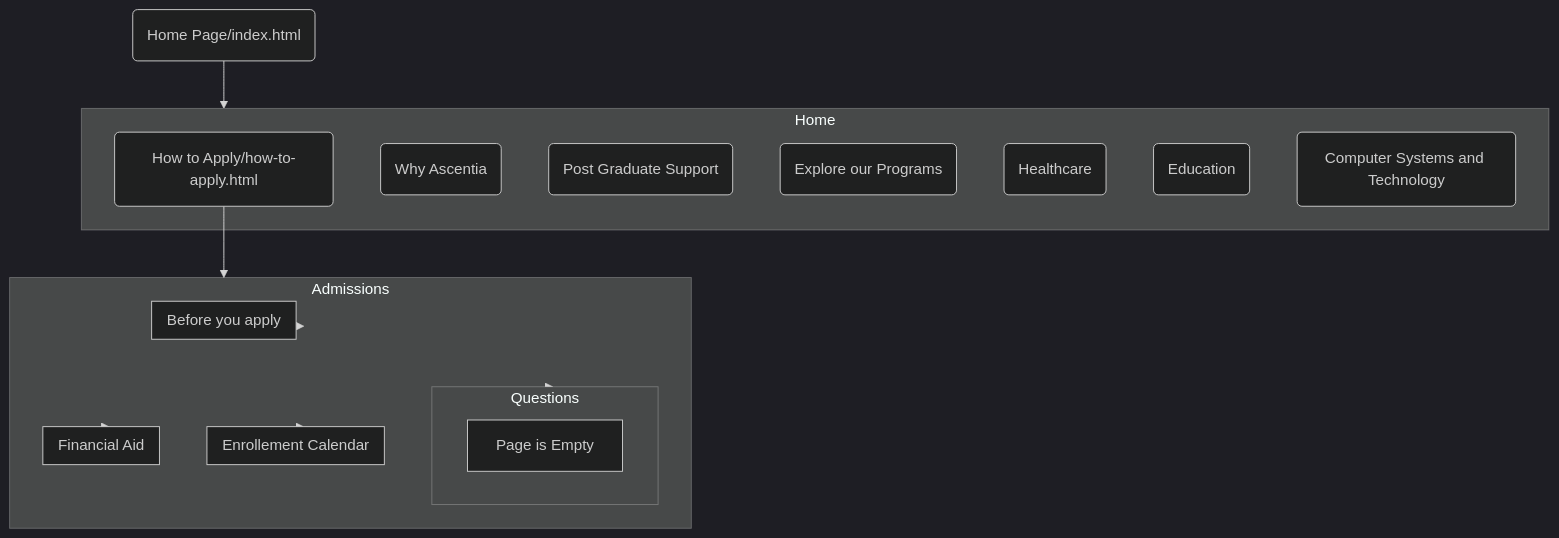
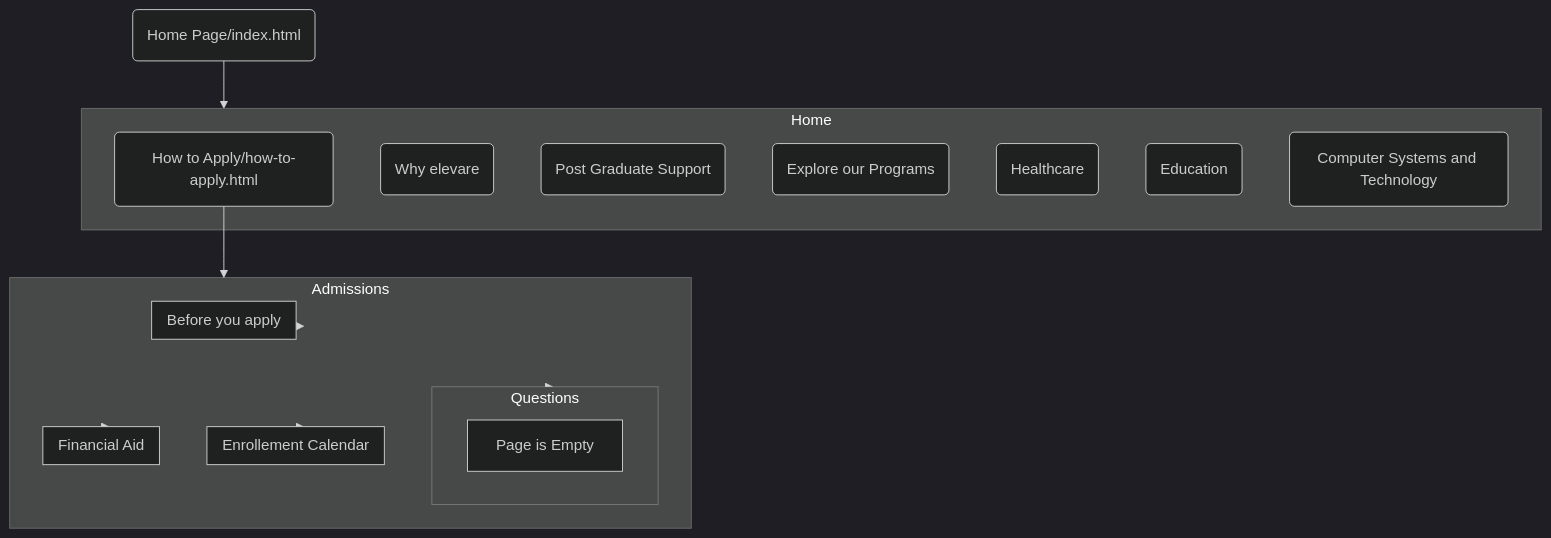
Before and after one commit to ascentiaci/ascentiaci.ca: the diagram in sitemap.md, drawn with Mermaid (dark theme). The commit also changed 26 other files, not shown here.

````diff
--- a/sitemap.md
+++ b/sitemap.md
@@ -3,55 +3,55 @@
 ```mermaid
 flowchart TD
 %% Nodes
     A(Home Page/index.html);
     A-->ide1
     B(How to Apply/how-to-apply.html)
-    C(Why Ascentia)
+    C(Why elevare)
     D(Post Graduate Support)
     E(Explore our Programs)
     F(Healthcare)
     G(Education)
     H(Computer Systems and Technology)
 
     subgraph ide1 [Home]
     B
     C
     D
     E
     F
     G
     H
     end
     B-->I
 
     subgraph I [Admissions]
      J(Questions)
      K(Enrollement Calendar)
      L(Financial Aid)
      M(Before you apply)
     end
 
     I-->J
     I-->K
     I-->L
     I-->M
 
     subgraph J [Questions]
         N[Page is Empty]
     end
 
 
     subgraph K [Enrollement Calendar]
         N
     end
 
 
     subgraph L [Financial Aid]
         N
     end
 
 
     subgraph M [Before you apply]
         N
     end
 ```
````
